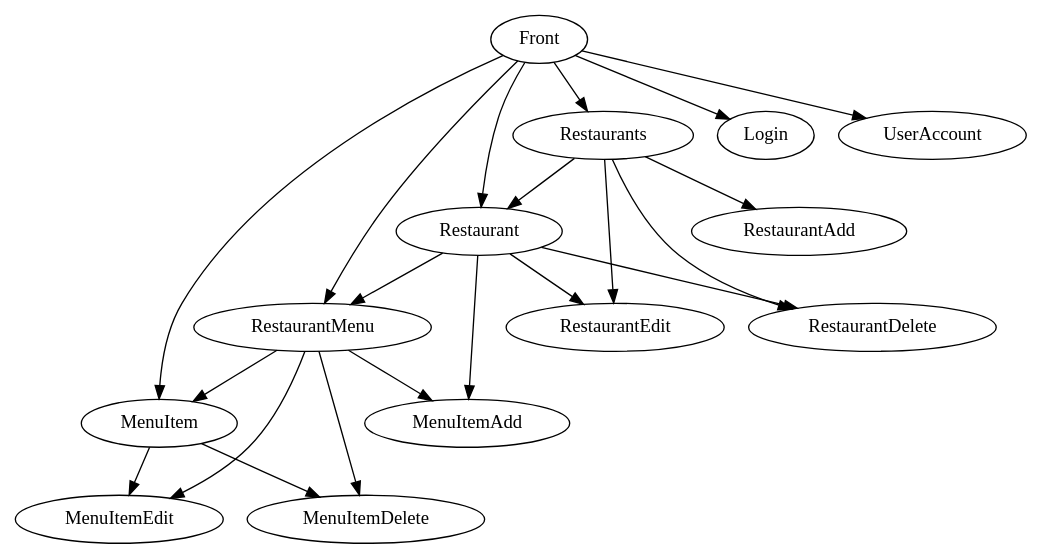
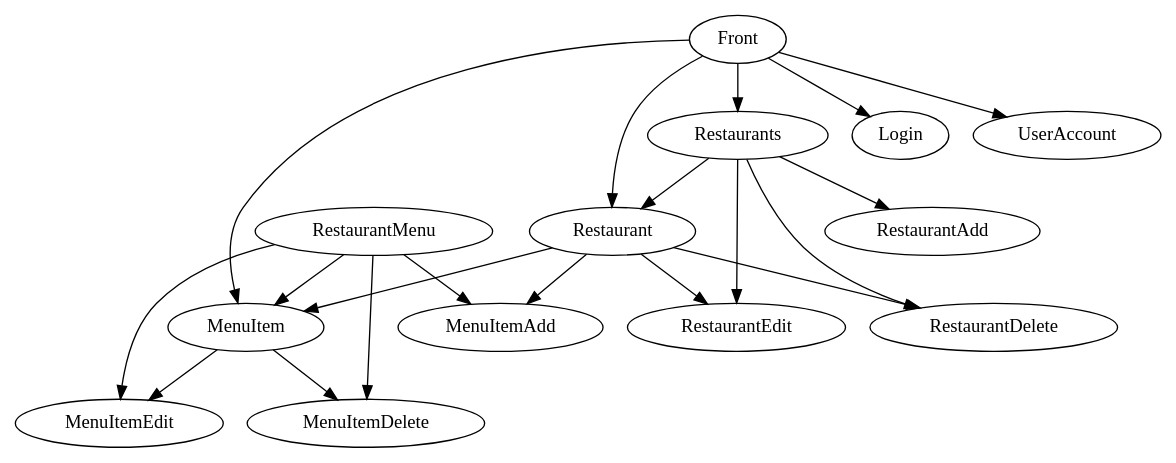
One commit to ndvo/udacity-fs-restaurant changed the diagram in plan/pages.dot. Above: the diagram before and after it, drawn with Graphviz. The commit also changed 2 other files, not shown here.

```diff
--- a/plan/pages.dot
+++ b/plan/pages.dot
@@ -1,38 +1,36 @@
 digraph G {
   shape=box;
 
   Front;
   Restaurants;
   MenuItem;
   Restaurant;
-  RestaurantMenu;
 
   Front->Login;
   Front->UserAccount;
 
-  Restaurant->RestaurantMenu;
 
 
-  Front->RestaurantMenu;
   Front->Restaurants;
   Front->Restaurant;
   Front->MenuItem;
 
   Restaurant->MenuItemAdd;
+  Restaurant->MenuItem;
   MenuItem->MenuItemEdit;
   MenuItem->MenuItemDelete;
 
   RestaurantMenu->MenuItem;
   RestaurantMenu->MenuItemAdd
   RestaurantMenu->MenuItemEdit;
   RestaurantMenu->MenuItemDelete;
 
   Restaurants->Restaurant;
   Restaurants->RestaurantAdd
   Restaurants->RestaurantEdit;
   Restaurants->RestaurantDelete;
 
   Restaurant->RestaurantEdit;
   Restaurant->RestaurantDelete;
 
   }
```
